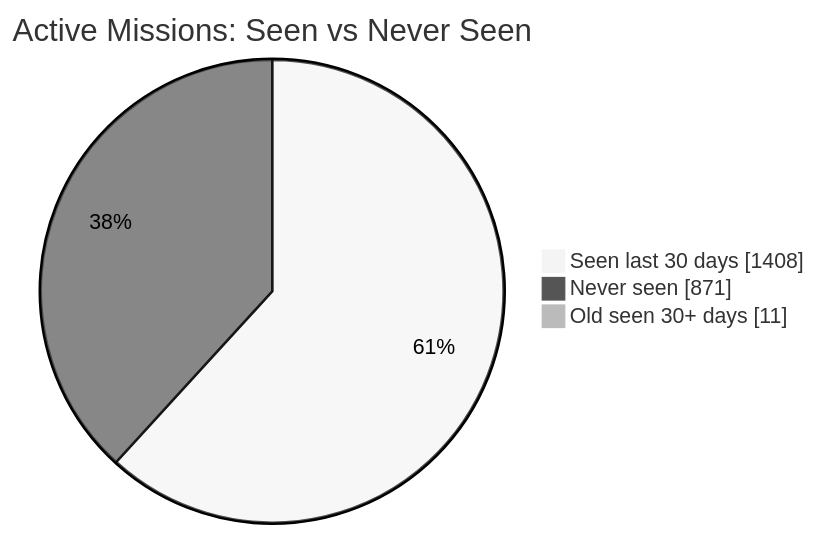
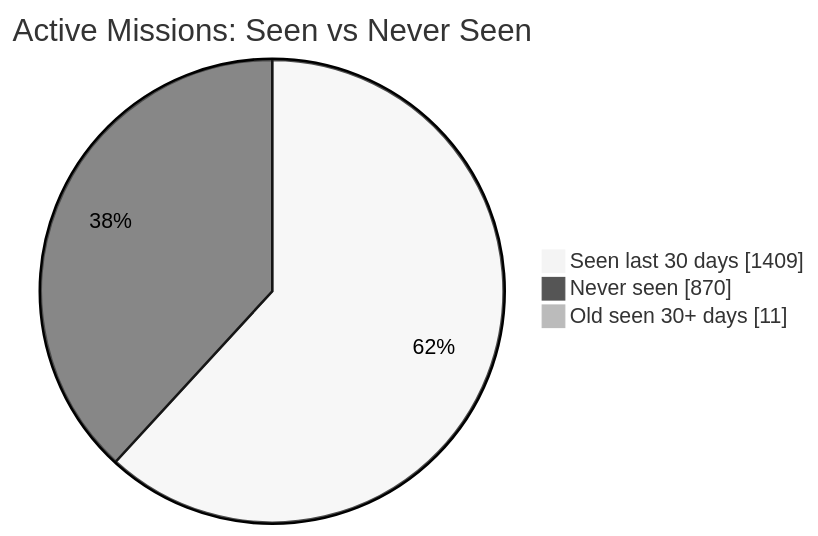
The first of 2 diagrams in README.md (MeldkamerspelGameTeam/active-missions), drawn with Mermaid (neutral theme) before and after one commit. The commit also changed other lines of this file and 2 other files, not shown here.

````diff
--- a/README.md
+++ b/README.md
@@ -34,7 +34,7 @@
 ```mermaid
 pie showData
     title Active Missions: Seen vs Never Seen
-    "Seen last 30 days" : 1408
-    "Never seen" : 871
+    "Seen last 30 days" : 1409
+    "Never seen" : 870
     "Old seen 30+ days" : 11
 ```
````
